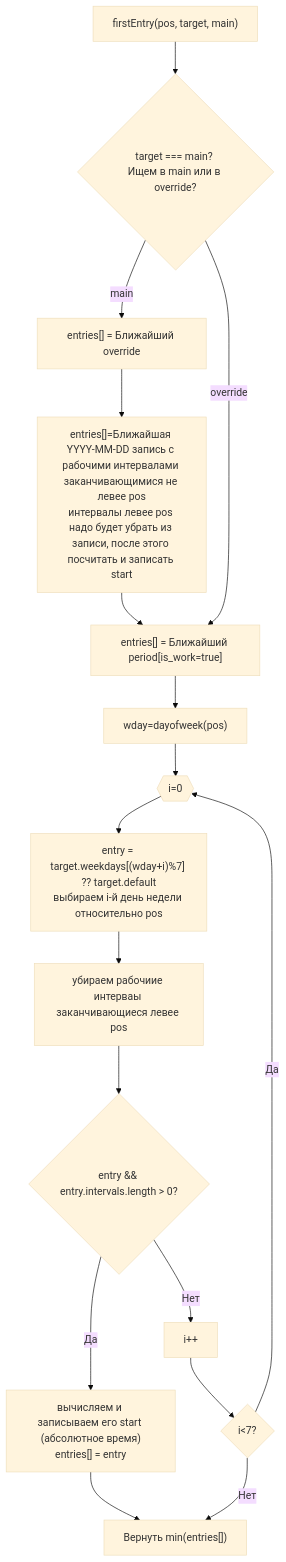
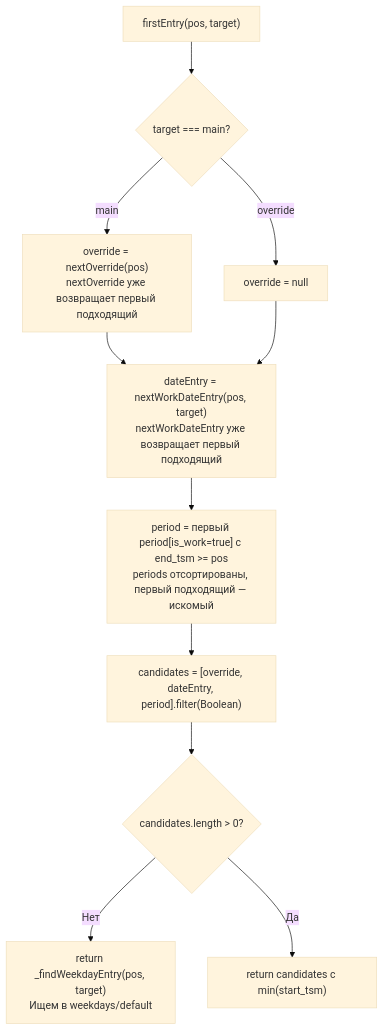
Before and after one commit to spo0okie/arms_inventory: diagram 13 of 15 in modules/schedules/plans/compile.md, drawn with Mermaid (base theme). The commit also changed other lines of this file and 2 other files, not shown here.

````diff
--- a/modules/schedules/plans/compile.md
+++ b/modules/schedules/plans/compile.md
@@ -415,19 +764,17 @@
 ```mermaid
 flowchart TD
-    A["firstEntry(pos, target, main)"] --> B{"target === main? <br/>Ищем в main или в override?"}
-
-    B -->|main| Main["entries[] = Ближайший override"] --> F["entries[]=Ближайшая YYYY-MM-DD запись с рабочими интервалами заканчивающимися не левее pos<br/>интервалы левее pos надо будет убрать из записи, после этого посчитать и записать start"]
-    B -->|override| D["entries[] = Ближайший period[is_work=true]"]
-
-    F --> D
-    D --> E["wday=dayofweek(pos)"]
-    E --> G{{"i=0"}}
-    G --> H["entry = target.weekdays[(wday+i)%7] ?? target.default<br>выбираем i-й день недели относительно pos"] --> H1["убираем рабочиие интерваы заканчивающиеся левее pos"]
-    H1 --> I{"entry && entry.intervals.length > 0?"}
-    I -->|Да| J["вычисляем и записываем его start (абсолютное время)<br/>entries[] = entry"]
-    I -->|Нет| G1["i++"]
-    G1 --> G2{"i<7?"}
-    G2 -->|Да| G
-    G2 -->|Нет| K
-    J --> K["Вернуть min(entries[])"]  
+    A["firstEntry(pos, target)"] --> B{"target === main?"}
+    
+    B -->|main| C["override = nextOverride(pos)<br/>nextOverride уже возвращает первый подходящий"]
+    B -->|override| C2["override = null"]
+    
+    C --> D["dateEntry = nextWorkDateEntry(pos, target)<br/>nextWorkDateEntry уже возвращает первый подходящий"]
+    C2 --> D
+    
+    D --> E["period = первый period[is_work=true] с end_tsm >= pos<br/>periods отсортированы, первый подходящий — искомый"]
+    
+    E --> F["candidates = [override, dateEntry, period].filter(Boolean)"]
+    F --> G{"candidates.length > 0?"}
+    G -->|Нет| H["return _findWeekdayEntry(pos, target)<br/>Ищем в weekdays/default"]
+    G -->|Да| I["return candidates с min(start_tsm)"]
 ```
````
